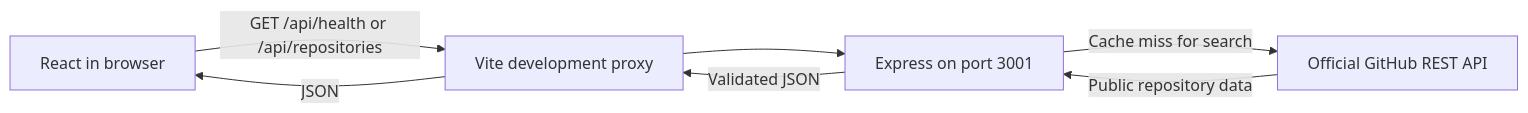
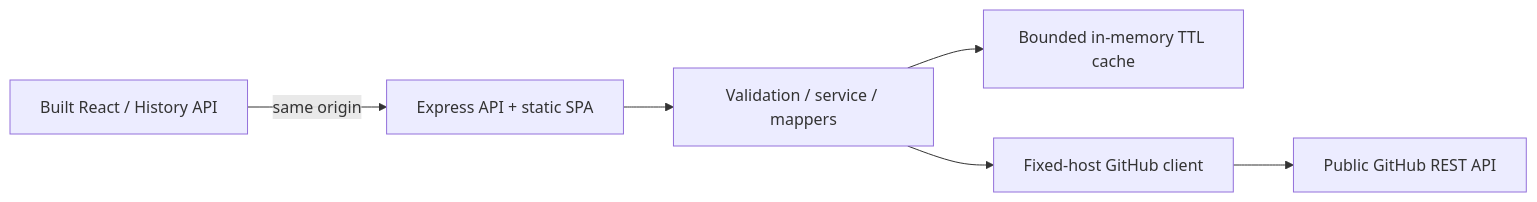
One commit to AliSherLeghari/new-project-reactjs-nodejs changed the diagram in README.md. Above: the diagram before and after it, drawn with Mermaid. The commit also changed other lines of this file and 15 other files, not shown here.

````diff
--- a/README.md
+++ b/README.md
@@ -116,9 +21,8 @@
 ```mermaid
 flowchart LR
-  Browser[React in browser] -->|GET /api/health or /api/repositories| Vite[Vite development proxy]
-  Vite --> Express[Express on port 3001]
-  Express -->|Cache miss for search| GitHub[Official GitHub REST API]
-  GitHub -->|Public repository data| Express
-  Express -->|Validated JSON| Vite
-  Vite -->|JSON| Browser
+  Browser[Built React / History API] -->|same origin| Express[Express API + static SPA]
+  Express --> Validation[Validation / service / mappers]
+  Validation --> Cache[Bounded in-memory TTL cache]
+  Validation --> Client[Fixed-host GitHub client]
+  Client --> GitHub[Public GitHub REST API]
 ```
````
